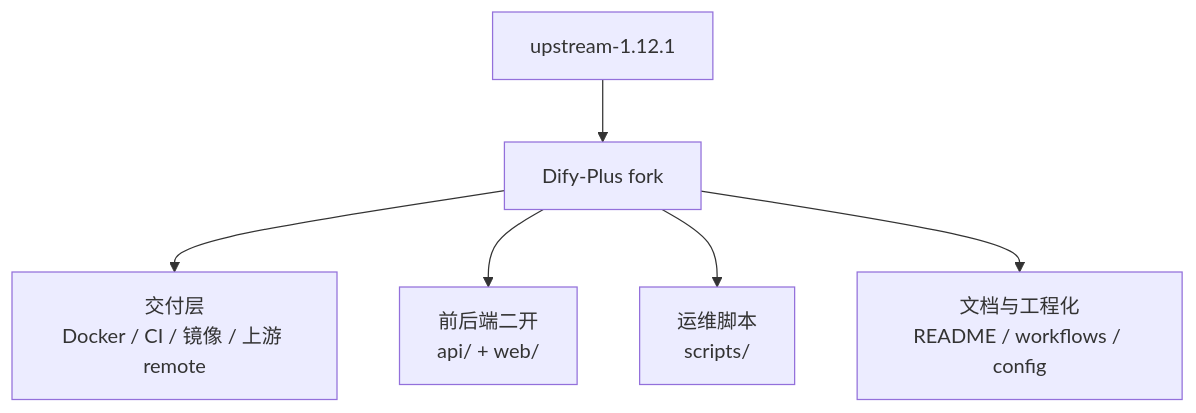
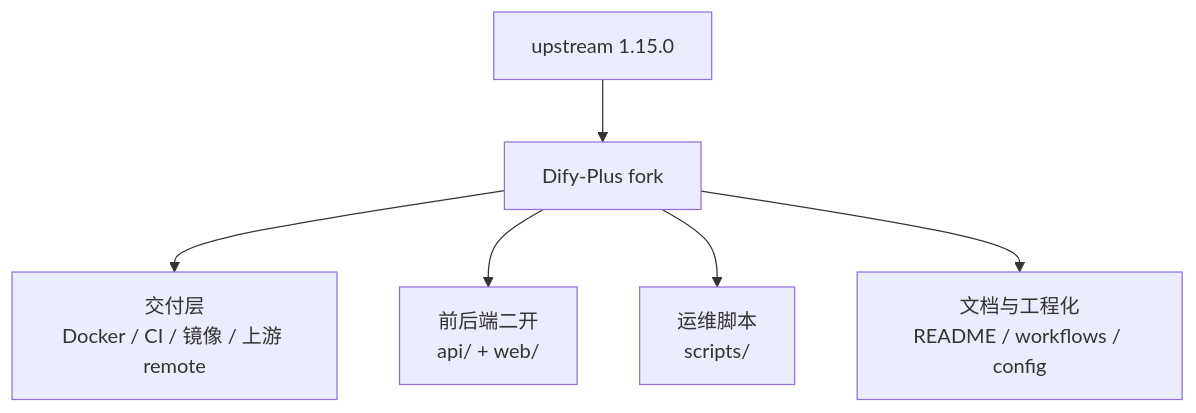
Before and after one commit to YFGaia/dify-plus: the first of 2 diagrams in docs/dify-plus/与上游差异总表.md, drawn with Mermaid. The commit also changed other lines of this file and 6 other files, not shown here.

````diff
--- a/docs/dify-plus/与上游差异总表.md
+++ b/docs/dify-plus/与上游差异总表.md
@@ -16,8 +16,8 @@
 ```mermaid
 flowchart TB
-  O[upstream-1.12.1] --> F[Dify-Plus fork]
+  O[upstream 1.15.0] --> F[Dify-Plus fork]
   F --> D1[交付层\nDocker / CI / 镜像 / 上游 remote]
   F --> D3[前后端二开\napi/ + web/]
   F --> D4[运维脚本\nscripts/]
   F --> D5[文档与工程化\nREADME / workflows / config]
 ```
````
